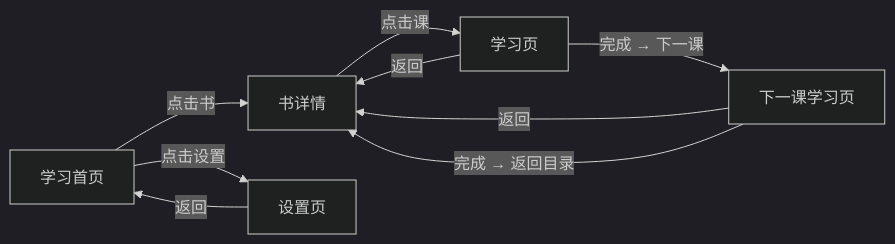
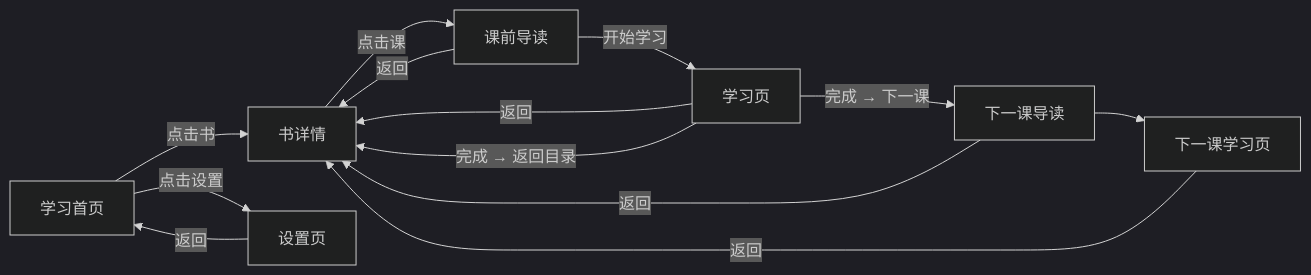
One commit to belos-street/neo-concept changed the second of 2 diagrams in docs/superpowers/specs/2026-07-01-information-architecture.md. Above: the diagram before and after it, drawn with Mermaid (dark theme). The commit also changed other lines of this file and 5 other files, not shown here.

````diff
--- a/docs/superpowers/specs/2026-07-01-information-architecture.md
+++ b/docs/superpowers/specs/2026-07-01-information-architecture.md
@@ -90,11 +101,15 @@
 ```mermaid
 graph LR
     A[学习首页] -->|点击书| B[书详情]
-    B -->|点击课| C[学习页]
+    B -->|点击课| C[课前导读]
+    C -->|开始学习| D[学习页]
+    D -->|返回| B
     C -->|返回| B
-    C -->|完成 → 下一课| D[下一课学习页]
-    D -->|返回| B
+    D -->|完成 → 下一课| E[下一课导读]
+    E --> D2[下一课学习页]
+    D2 -->|返回| B
+    E -->|返回| B
     D -->|完成 → 返回目录| B
-    A -->|点击设置| E[设置页]
-    E -->|返回| A
+    A -->|点击设置| F[设置页]
+    F -->|返回| A
 ```
````
